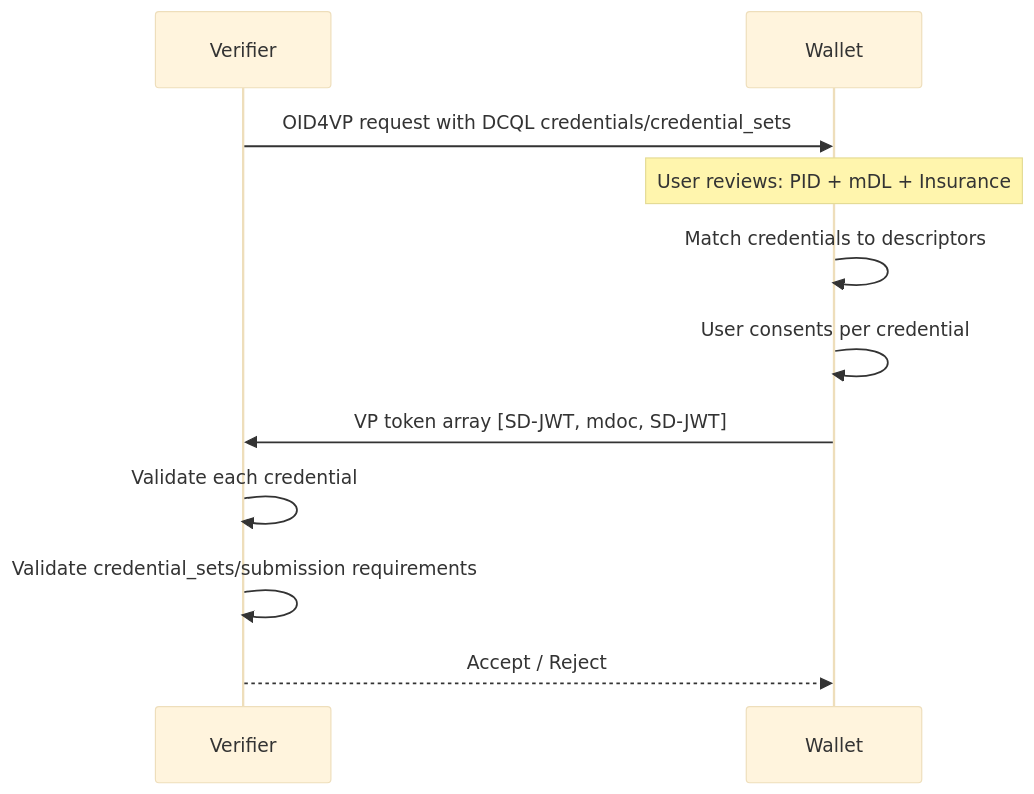
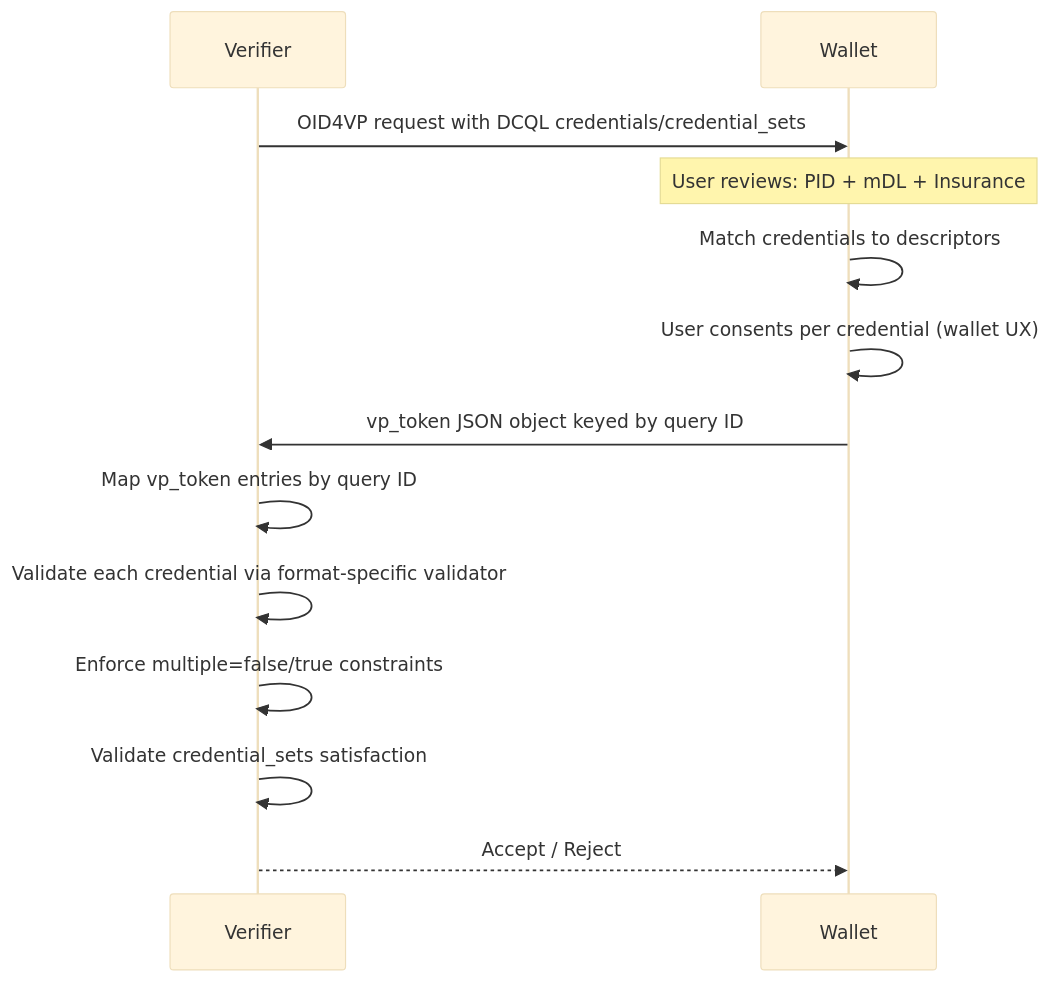
Before and after one commit to openwallet-foundation-labs/sd-jwt-dotnet: the second of 2 diagrams in docs/proposals/bundles-batch-credentials.md, drawn with Mermaid (base theme). The commit also changed other lines of this file and 21 other files, not shown here.

````diff
--- a/docs/proposals/bundles-batch-credentials.md
+++ b/docs/proposals/bundles-batch-credentials.md
@@ -125,14 +182,16 @@
 ```mermaid
 sequenceDiagram
     participant Verifier
     participant Wallet
 
     Verifier->>Wallet: OID4VP request with DCQL credentials/credential_sets
     Note over Wallet: User reviews: PID + mDL + Insurance
     Wallet->>Wallet: Match credentials to descriptors
-    Wallet->>Wallet: User consents per credential
-    Wallet->>Verifier: VP token array [SD-JWT, mdoc, SD-JWT]
-    Verifier->>Verifier: Validate each credential
-    Verifier->>Verifier: Validate credential_sets/submission requirements
+    Wallet->>Wallet: User consents per credential (wallet UX)
+    Wallet->>Verifier: vp_token JSON object keyed by query ID
+    Verifier->>Verifier: Map vp_token entries by query ID
+    Verifier->>Verifier: Validate each credential via format-specific validator
+    Verifier->>Verifier: Enforce multiple=false/true constraints
+    Verifier->>Verifier: Validate credential_sets satisfaction
     Verifier-->>Wallet: Accept / Reject
 ```
````
